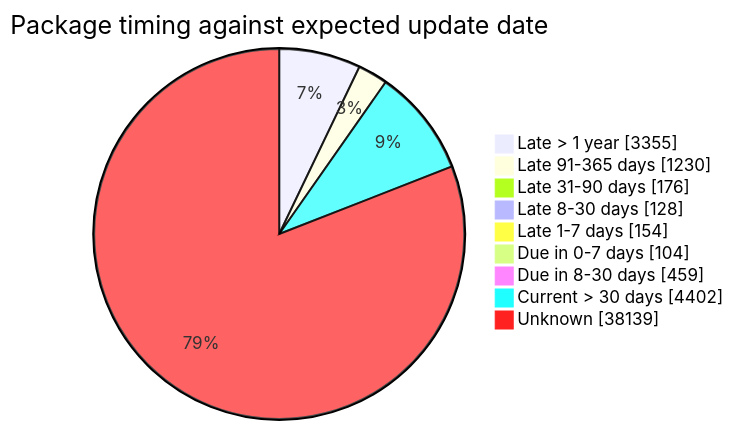
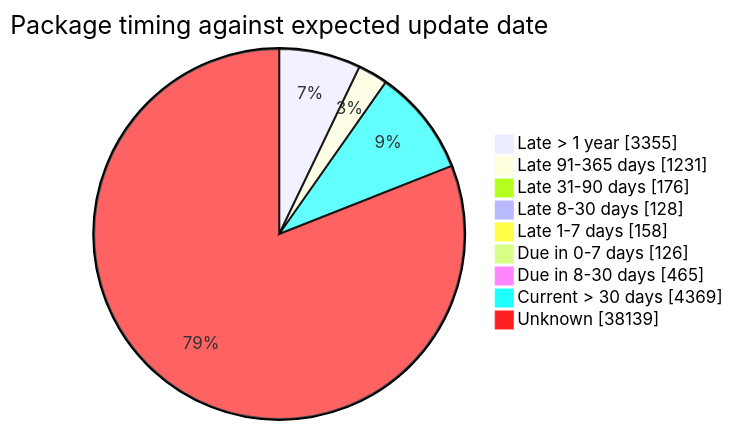
One commit to open-data/analytics-corporate-reporting changed the fourth of 5 diagrams in FreshCheck/README.md. Above: the diagram before and after it, drawn with Mermaid. The commit also changed other lines of this file and 3 other files, not shown here.

````diff
--- a/FreshCheck/README.md
+++ b/FreshCheck/README.md
@@ -86,12 +86,12 @@
 ```mermaid
 pie showData title Package timing against expected update date
     "Late > 1 year": 3355
-    "Late 91-365 days": 1230
+    "Late 91-365 days": 1231
     "Late 31-90 days": 176
     "Late 8-30 days": 128
-    "Late 1-7 days": 154
-    "Due in 0-7 days": 104
-    "Due in 8-30 days": 459
-    "Current > 30 days": 4402
+    "Late 1-7 days": 158
+    "Due in 0-7 days": 126
+    "Due in 8-30 days": 465
+    "Current > 30 days": 4369
     "Unknown": 38139
 ```
````
